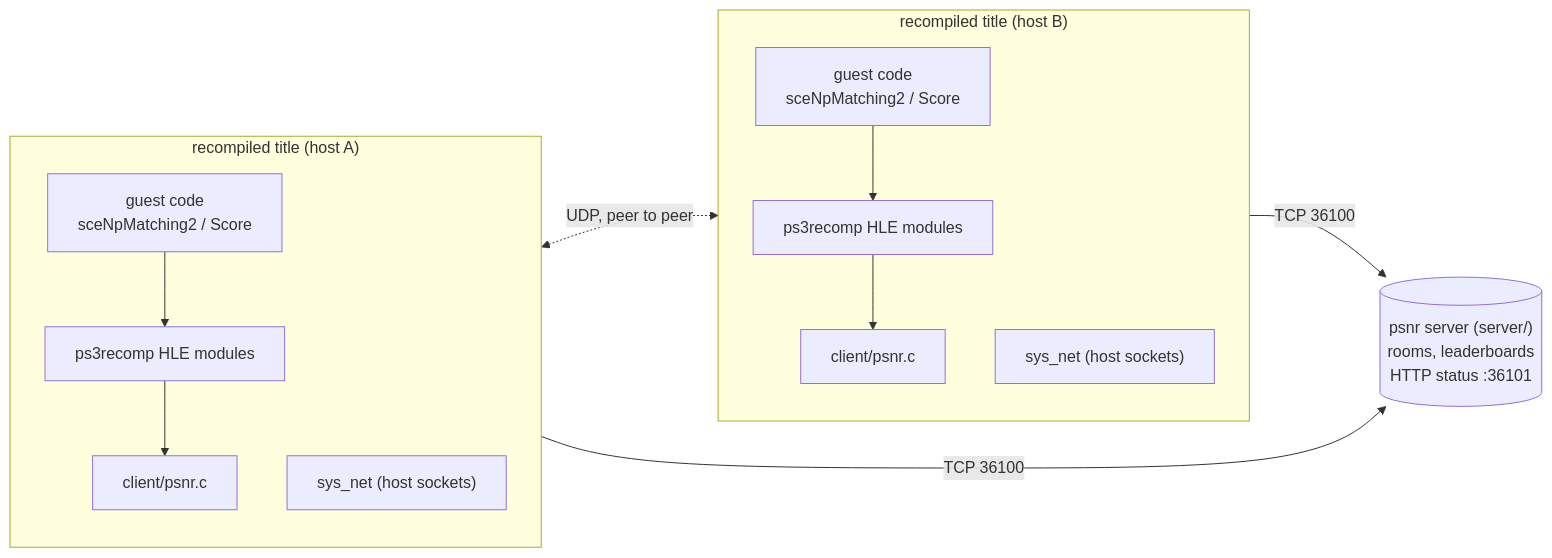
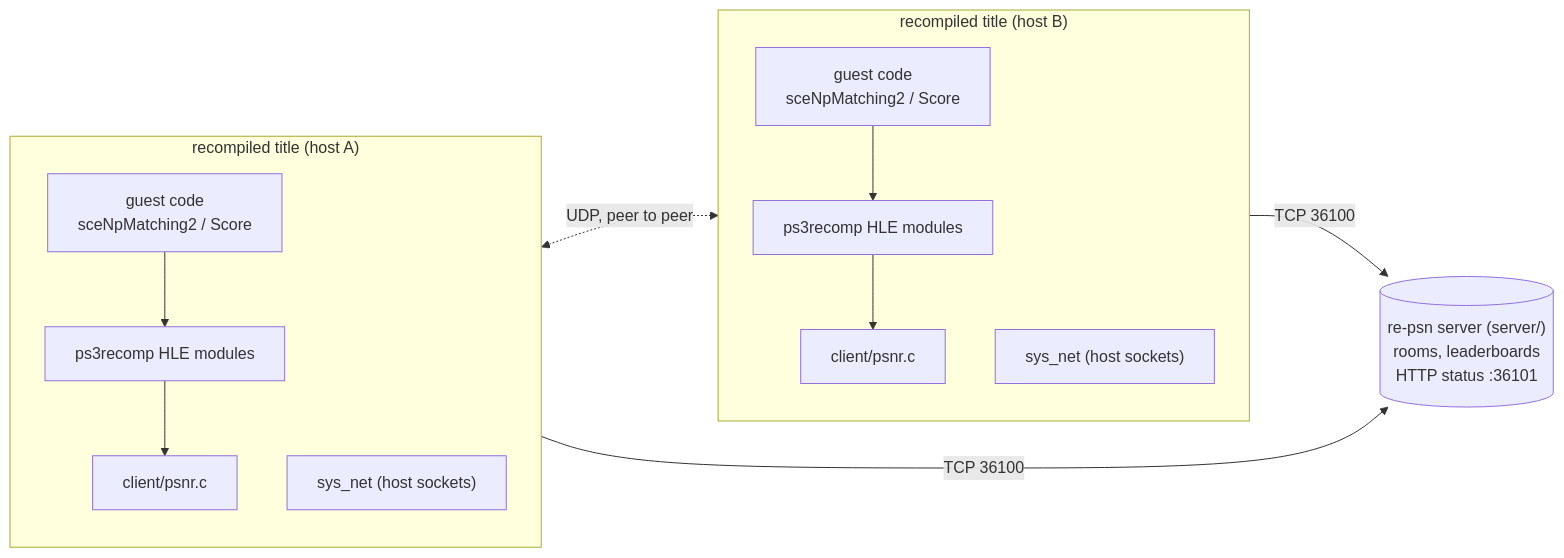
Before and after one commit to Tzeentchnet/re-psn: the first of 4 diagrams in docs/architecture.md, drawn with Mermaid. The commit also changed other lines of this file and 12 other files, not shown here.

First line of the commit message:
Convert the docs to Markdown, tidy their layout and add deploy and docker diagrams

````diff
--- a/docs/architecture.md
+++ b/docs/architecture.md
@@ -3,19 +17,19 @@
 ```mermaid
 flowchart LR
   subgraph A["recompiled title (host A)"]
     direction TB
     ga["guest code<br/>sceNpMatching2 / Score"] --> ha["ps3recomp HLE modules"]
     ha --> ca["client/psnr.c"]
     sa["sys_net (host sockets)"]
   end
   subgraph B["recompiled title (host B)"]
     direction TB
     gb["guest code<br/>sceNpMatching2 / Score"] --> hb["ps3recomp HLE modules"]
     hb --> cb["client/psnr.c"]
     sb["sys_net (host sockets)"]
   end
-  srv[("psnr server (server/)<br/>rooms, leaderboards<br/>HTTP status :36101")]
+  srv[("re-psn server (server/)<br/>rooms, leaderboards<br/>HTTP status :36101")]
   ca -- "TCP 36100" --> srv
   cb -- "TCP 36100" --> srv
   sa <-. "UDP, peer to peer" .-> sb
 ```
````
